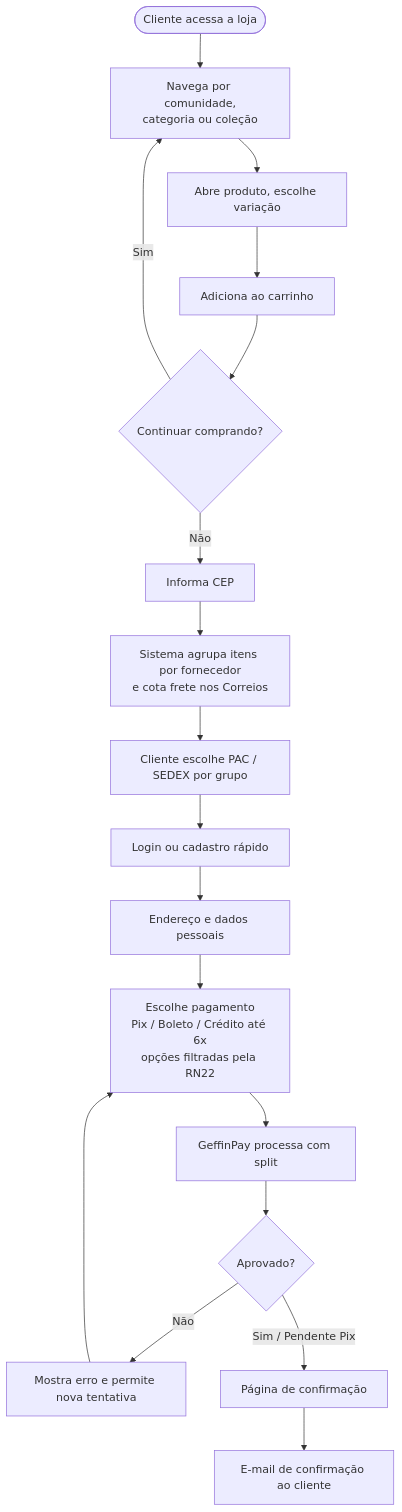
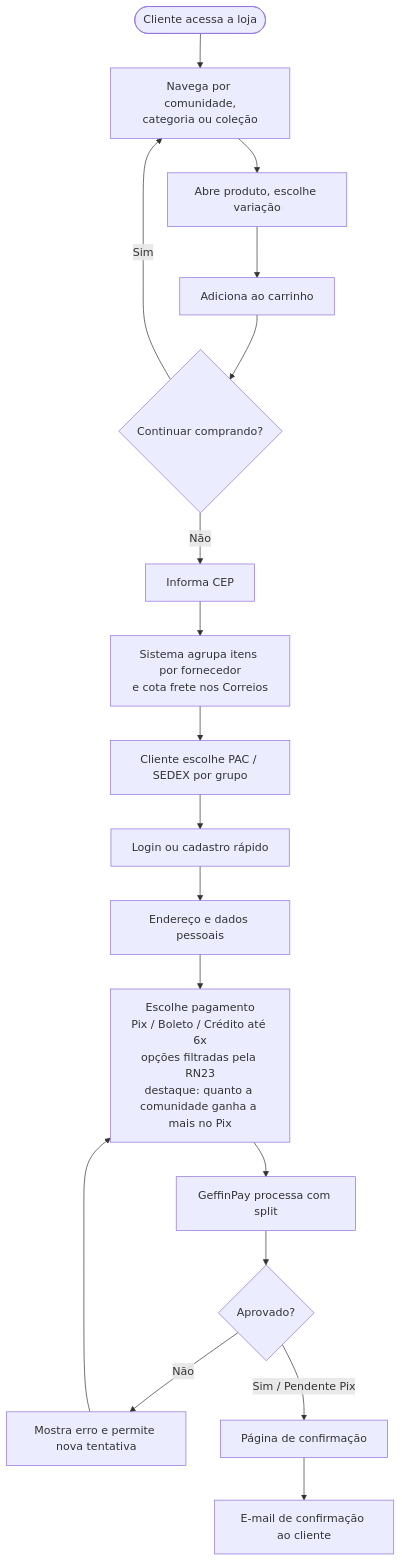
One commit to BdsOliveira/loja-tech-brasil changed the eighth of 28 diagrams in modelo-de-negocios.md. Above: the diagram before and after it, drawn with Mermaid. The commit also changed other lines of this file, not shown here.

````diff
--- a/modelo-de-negocios.md
+++ b/modelo-de-negocios.md
@@ -389,19 +460,19 @@
 ```mermaid
 flowchart TD
     A([Cliente acessa a loja]) --> B[Navega por comunidade,<br/>categoria ou coleção]
     B --> C[Abre produto, escolhe variação]
     C --> D[Adiciona ao carrinho]
     D --> E{Continuar comprando?}
     E -- Sim --> B
     E -- Não --> F[Informa CEP]
     F --> G[Sistema agrupa itens por fornecedor<br/>e cota frete nos Correios]
     G --> H[Cliente escolhe PAC / SEDEX por grupo]
     H --> I[Login ou cadastro rápido]
     I --> J[Endereço e dados pessoais]
-    J --> K[Escolhe pagamento<br/>Pix / Boleto / Crédito até 6x<br/>opções filtradas pela RN22]
+    J --> K[Escolhe pagamento<br/>Pix / Boleto / Crédito até 6x<br/>opções filtradas pela RN23<br/>destaque: quanto a comunidade ganha a mais no Pix]
     K --> L[GeffinPay processa com split]
     L --> M{Aprovado?}
     M -- Não --> N[Mostra erro e permite nova tentativa] --> K
     M -- Sim / Pendente Pix --> O[Página de confirmação]
     O --> P[E-mail de confirmação ao cliente]
 ```
````
